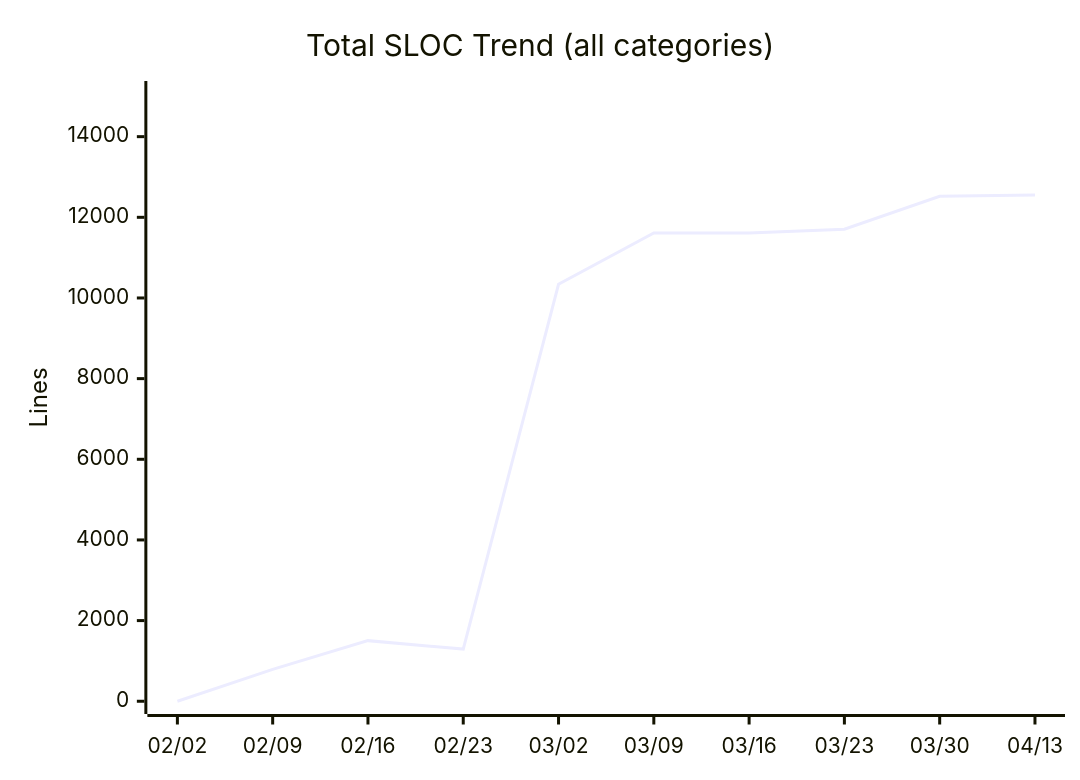
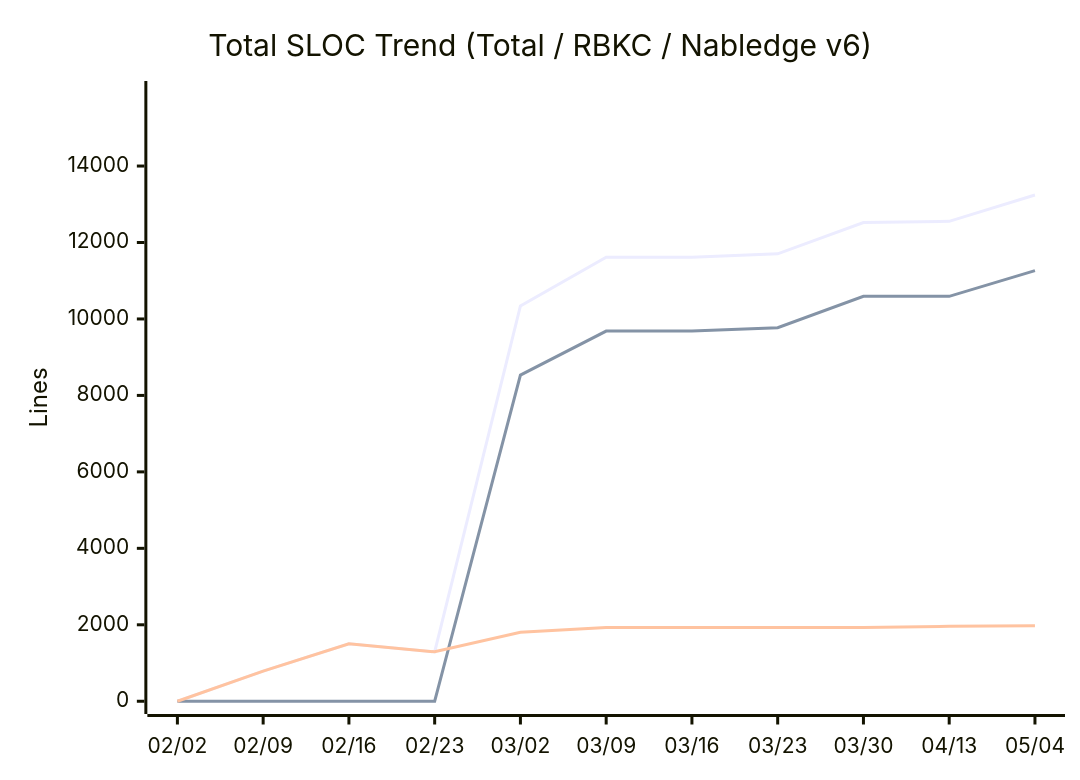
The eighth of 14 diagrams in docs/metrics.md (nablarch/nabledge-dev), drawn with Mermaid before and after one commit. The commit also changed other lines of this file and 2 other files, not shown here.

````diff
--- a/docs/metrics.md
+++ b/docs/metrics.md
@@ -121,7 +121,9 @@
 ```mermaid
 xychart-beta
-  title "Total SLOC Trend (all categories)"
-  x-axis ["02/02", "02/09", "02/16", "02/23", "03/02", "03/09", "03/16", "03/23", "03/30", "04/13"]
-  y-axis "Lines" 0 --> 15064
-  line [0, 789, 1503, 1293, 10339, 11613, 11613, 11704, 12523, 12553]
+  title "Total SLOC Trend (Total / RBKC / Nabledge v6)"
+  x-axis ["02/02", "02/09", "02/16", "02/23", "03/02", "03/09", "03/16", "03/23", "03/30", "04/13", "05/04"]
+  y-axis "Lines" 0 --> 15891
+  line [0, 789, 1503, 1293, 10339, 11613, 11613, 11704, 12523, 12553, 13242]
+  line [0, 0, 0, 0, 8533, 9682, 9682, 9773, 10592, 10592, 11264]
+  line [0, 789, 1503, 1293, 1806, 1931, 1931, 1931, 1931, 1961, 1978]
 ```
````
